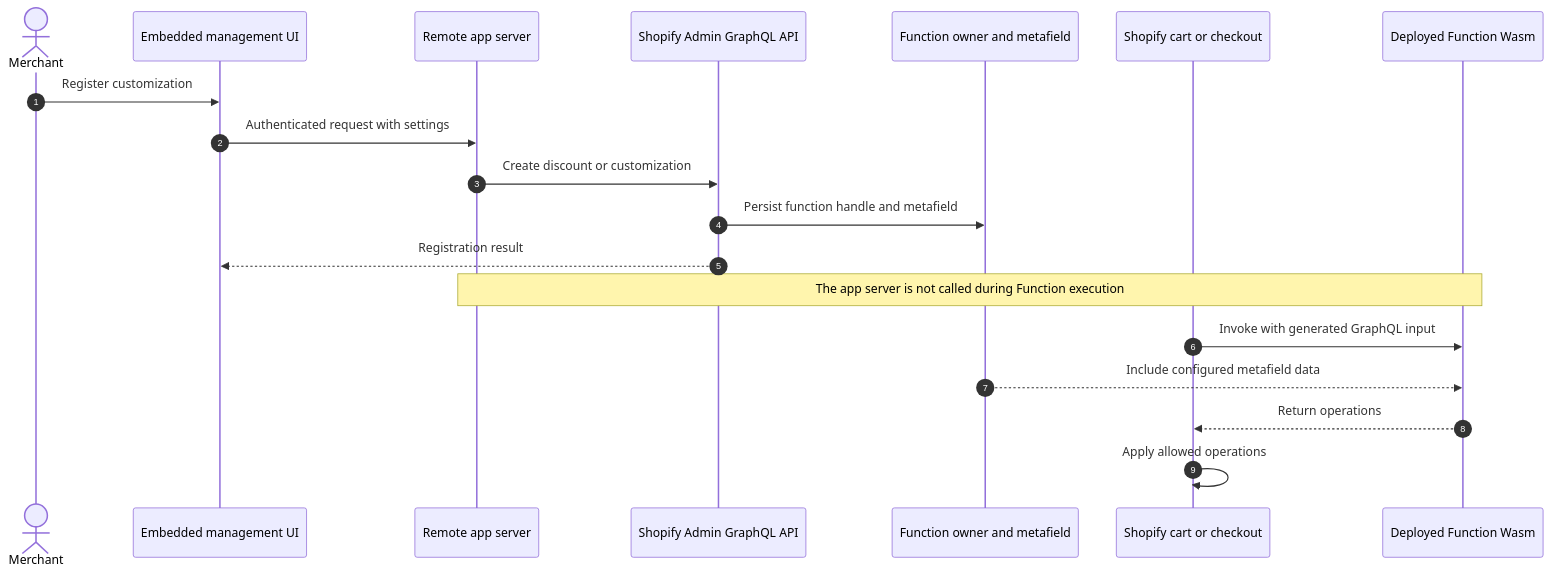
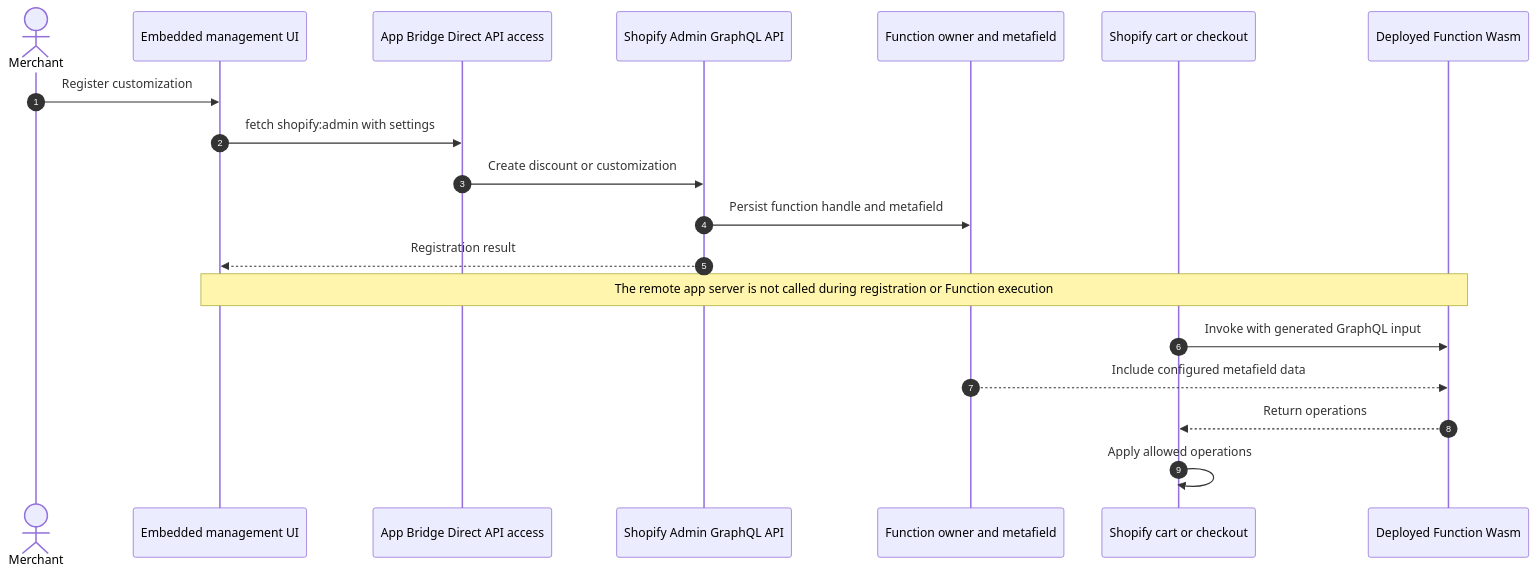
Before and after one commit to benzookapi/shopify-barebone-app-sample: the seventh of 7 diagrams in docs/ARCHITECTURE.md, drawn with Mermaid. The commit also changed other lines of this file and 29 other files, not shown here.

First line of the commit message:
Codex/adminlink direct api access (#2)

````diff
--- a/docs/ARCHITECTURE.md
+++ b/docs/ARCHITECTURE.md
@@ -186,22 +211,22 @@
 ```mermaid
 sequenceDiagram
     autonumber
     actor Merchant
     participant UI as Embedded management UI
-    participant App as Remote app server
+    participant Bridge as App Bridge Direct API access
     participant AdminAPI as Shopify Admin GraphQL API
     participant Config as Function owner and metafield
     participant Checkout as Shopify cart or checkout
     participant Wasm as Deployed Function Wasm
 
     Merchant->>UI: Register customization
-    UI->>App: Authenticated request with settings
-    App->>AdminAPI: Create discount or customization
+    UI->>Bridge: fetch shopify:admin with settings
+    Bridge->>AdminAPI: Create discount or customization
     AdminAPI->>Config: Persist function handle and metafield
     AdminAPI-->>UI: Registration result
-    Note over App,Wasm: The app server is not called during Function execution
+    Note over UI,Wasm: The remote app server is not called during registration or Function execution
     Checkout->>Wasm: Invoke with generated GraphQL input
     Config-->>Wasm: Include configured metafield data
     Wasm-->>Checkout: Return operations
     Checkout->>Checkout: Apply allowed operations
 ```
````
